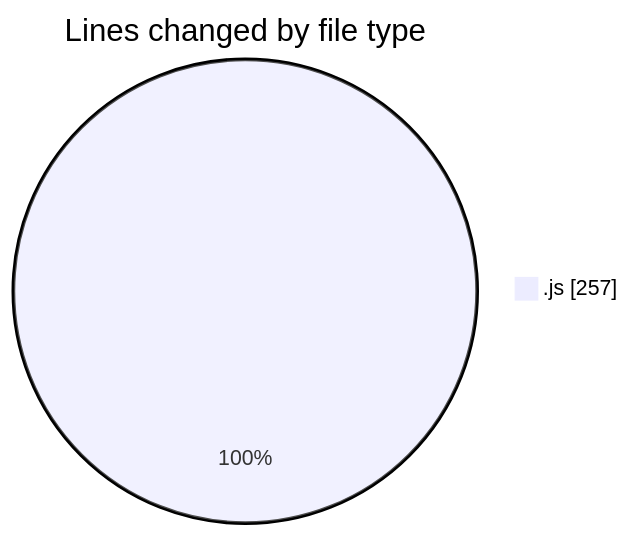
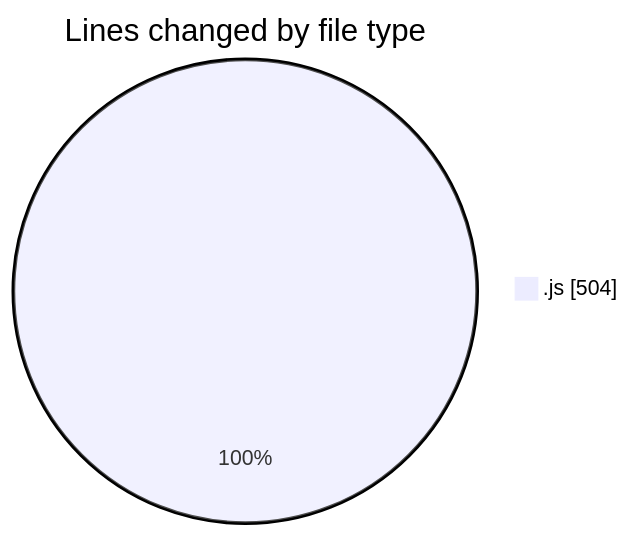
Before and after one commit to nxtqubesakshisongat/code-tracking: the first of 2 diagrams in 2025-12-09/nxtqube_webapp/README.md, drawn with Mermaid. The commit also changed other lines of this file and 1 other file, not shown here.

````diff
--- a/2025-12-09/nxtqube_webapp/README.md
+++ b/2025-12-09/nxtqube_webapp/README.md
@@ -20,5 +20,5 @@
 ```mermaid
 pie showData
 title Lines changed by file type
-".js" : 257
+".js" : 504
 ```
````
